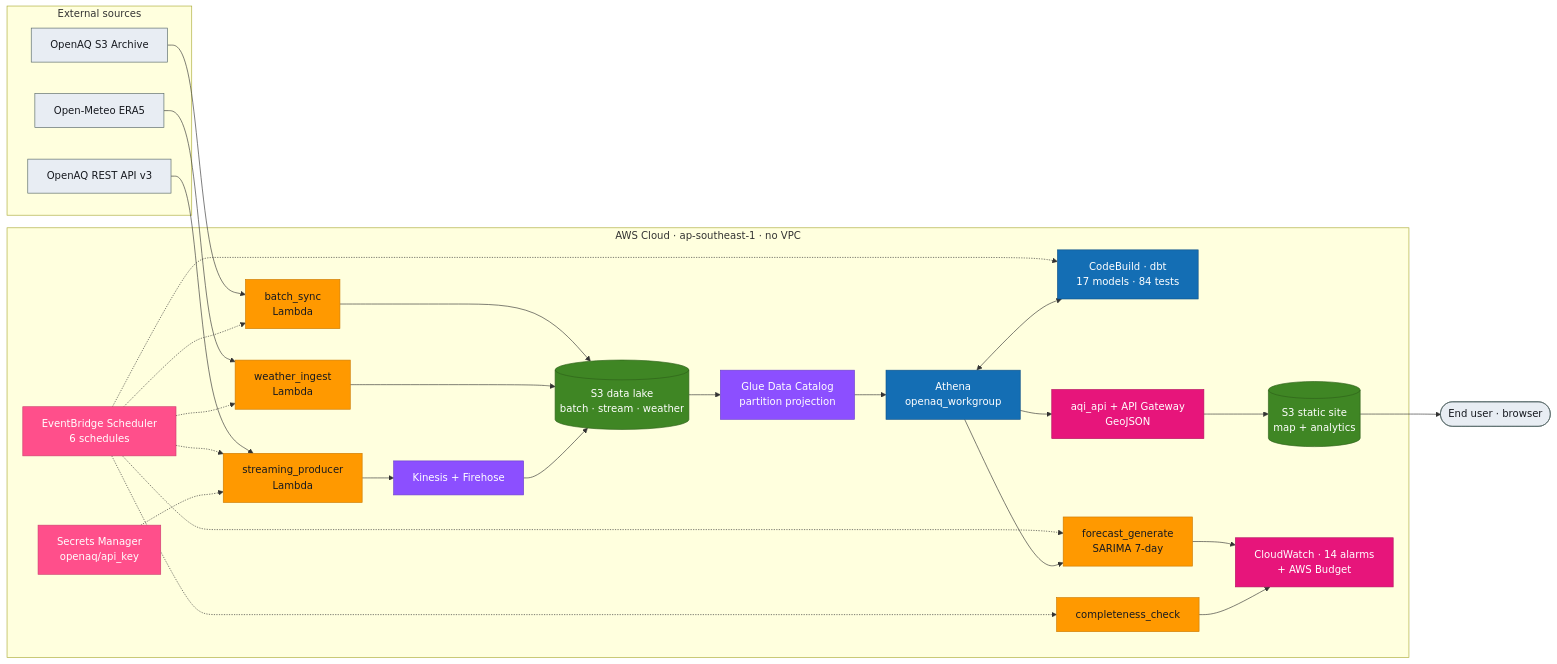
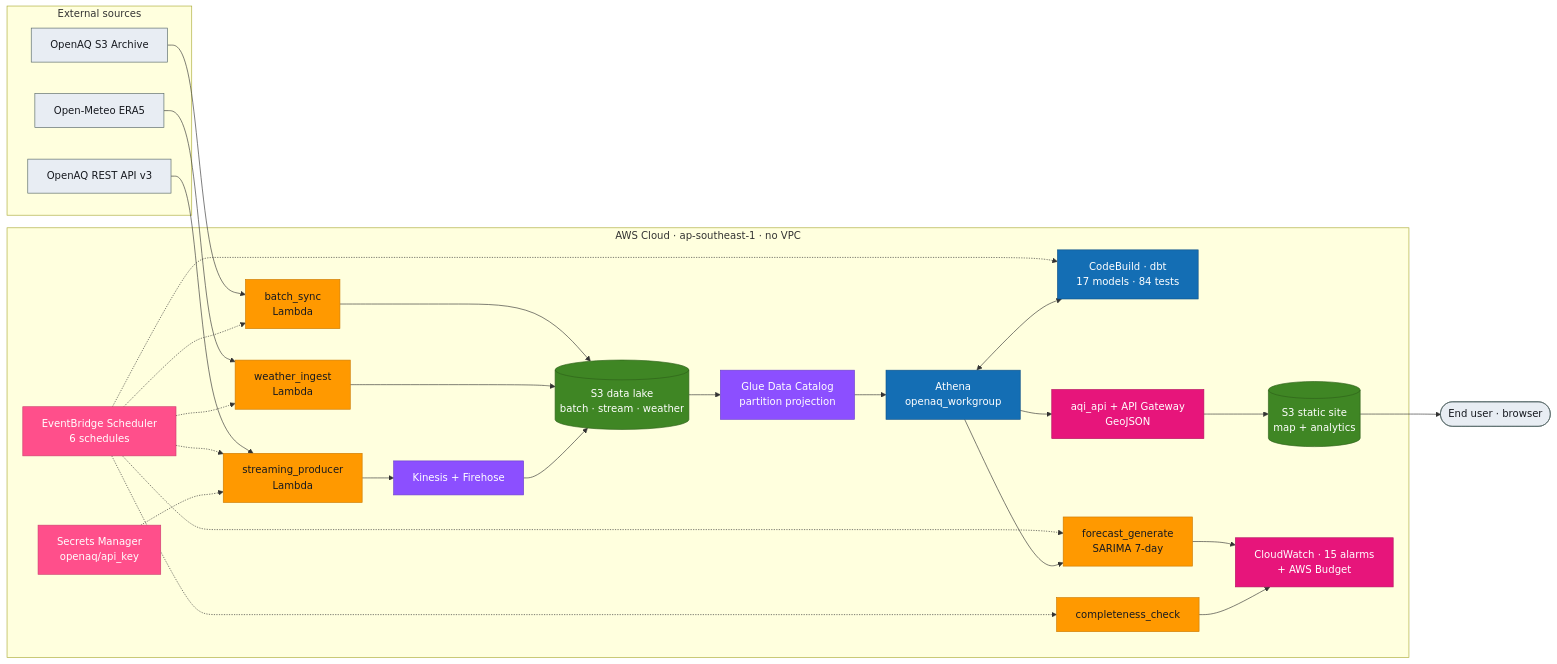
One commit to thanhtrung102/vietnam-air-quality-pipeline changed the diagram in report/content/2-proposal/_index.md. Above: the diagram before and after it, drawn with Mermaid. The commit also changed other lines of this file and 9 other files, not shown here.

```diff
--- a/report/content/2-proposal/_index.md
+++ b/report/content/2-proposal/_index.md
@@ -40,57 +55,57 @@
 {{< mermaid >}}
 flowchart LR
   subgraph EXT[External sources]
     A1[OpenAQ S3 Archive]:::ext
     A2[OpenAQ REST API v3]:::ext
     A3[Open-Meteo ERA5]:::ext
   end
 
   subgraph AWS[AWS Cloud · ap-southeast-1 · no VPC]
     EB[EventBridge Scheduler<br/>6 schedules]:::sched
     SM[Secrets Manager<br/>openaq/api_key]:::sched
 
     L1[batch_sync<br/>Lambda]:::lam
     L2[streaming_producer<br/>Lambda]:::lam
     L3[weather_ingest<br/>Lambda]:::lam
 
     KIN[Kinesis + Firehose]:::strm
     S3[(S3 data lake<br/>batch · stream · weather)]:::stor
     GL[Glue Data Catalog<br/>partition projection]:::glue
     ATH[Athena<br/>openaq_workgroup]:::ath
     CB[CodeBuild · dbt<br/>17 models · 84 tests]:::cb
 
     API[aqi_api + API Gateway<br/>GeoJSON]:::api
     FC[forecast_generate<br/>SARIMA 7-day]:::lam
     DASH[(S3 static site<br/>map + analytics)]:::stor
     CK[completeness_check]:::lam
-    CW[CloudWatch · 14 alarms<br/>+ AWS Budget]:::mon
+    CW[CloudWatch · 15 alarms<br/>+ AWS Budget]:::mon
   end
   USER([End user · browser]):::ext
 
   A1 --> L1
   A2 --> L2
   A3 --> L3
   EB -.-> L1 & L2 & L3 & CB & FC & CK
   SM -.-> L2
   L1 --> S3
   L3 --> S3
   L2 --> KIN --> S3
   S3 --> GL --> ATH
   ATH <--> CB
   ATH --> API
   ATH --> FC
   API --> DASH --> USER
   FC --> CW
   CK --> CW
 
   classDef ext fill:#e8edf3,stroke:#566,stroke-width:1px,color:#16191f;
   classDef lam fill:#FF9900,stroke:#cc7a00,color:#16191f;
   classDef stor fill:#3F8624,stroke:#2d6019,color:#fff;
   classDef strm fill:#8C4FFF,stroke:#6b3fcc,color:#fff;
   classDef glue fill:#8C4FFF,stroke:#6b3fcc,color:#fff;
   classDef ath fill:#146EB4,stroke:#0f5288,color:#fff;
   classDef cb fill:#146EB4,stroke:#0f5288,color:#fff;
   classDef api fill:#E7157B,stroke:#b51060,color:#fff;
   classDef sched fill:#FF4F8B,stroke:#cc3f6f,color:#fff;
   classDef mon fill:#E7157B,stroke:#b51060,color:#fff;
 {{< /mermaid >}}
```
